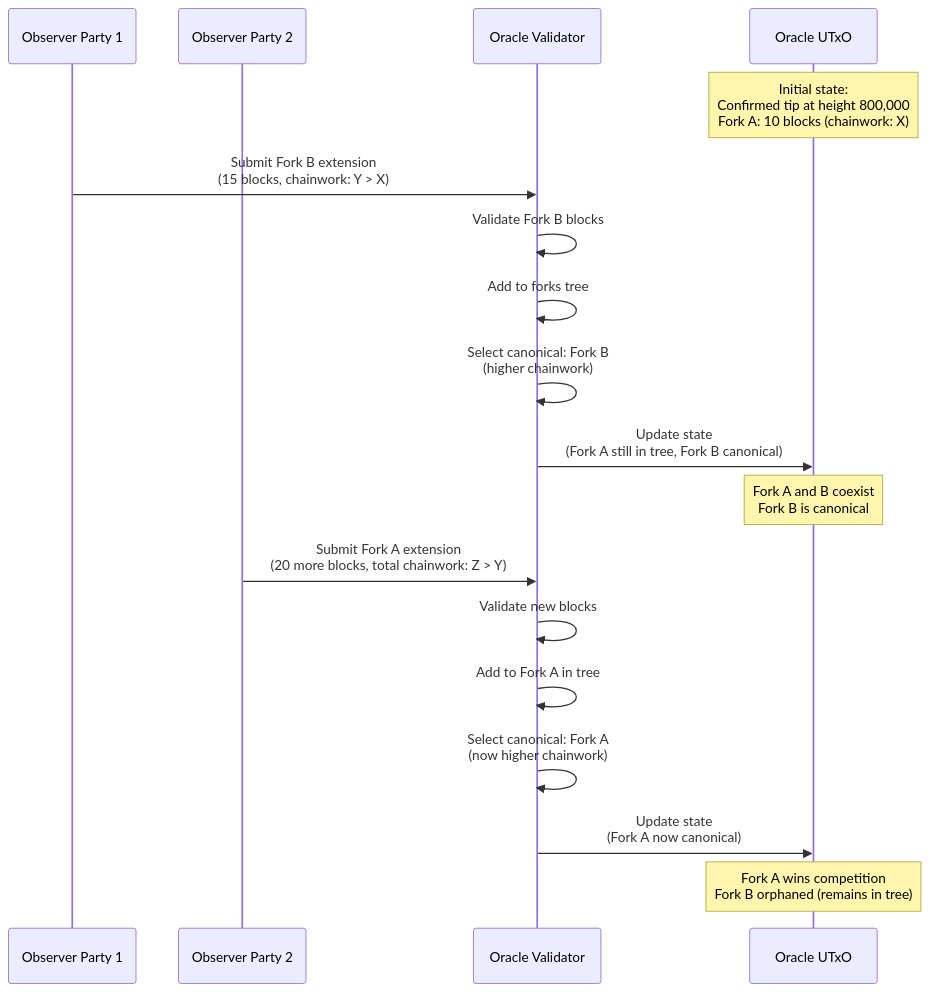
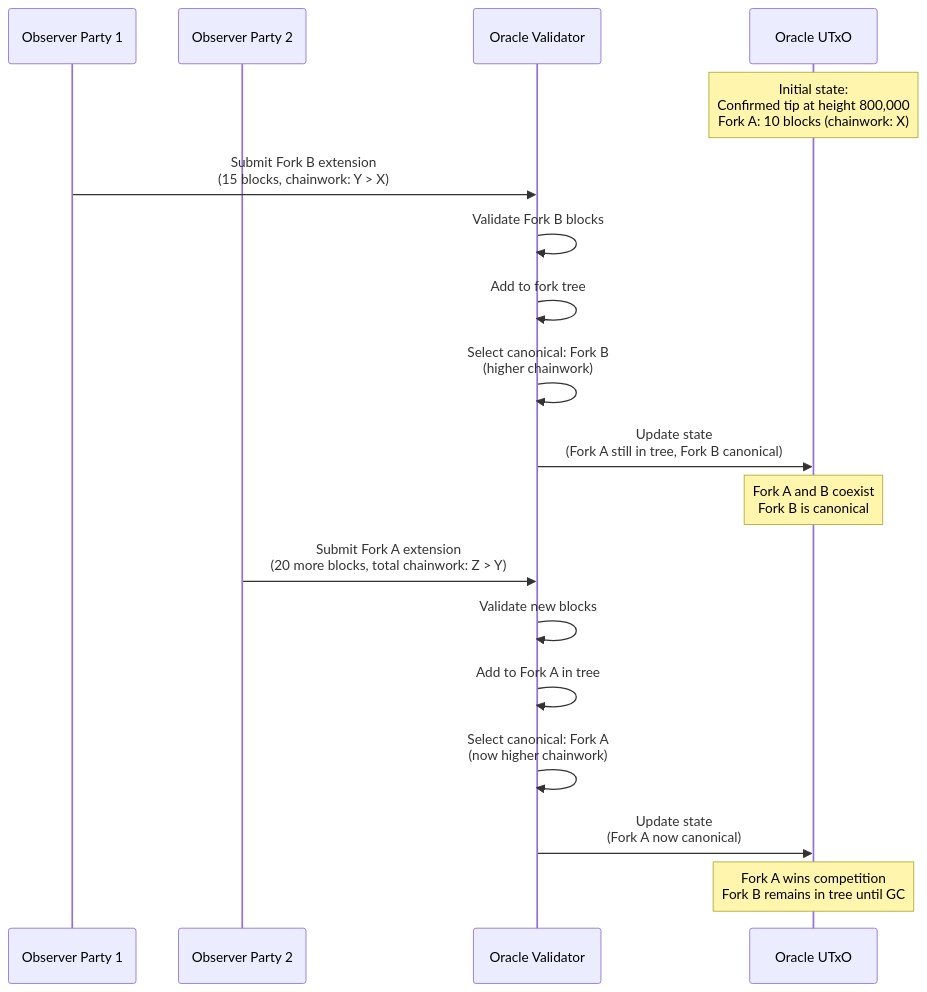
Before and after one commit to lantr-io/binocular: the second of 5 diagrams in Whitepaper.md, drawn with Mermaid. The commit also changed other lines of this file and 5 other files, not shown here.

````diff
--- a/Whitepaper.md
+++ b/Whitepaper.md
@@ -964,25 +1430,25 @@
 ```mermaid
 sequenceDiagram
     participant Party1 as Observer Party 1
     participant Party2 as Observer Party 2
     participant Validator as Oracle Validator
     participant UTxO as Oracle UTxO
 
     Note over UTxO: Initial state:<br/>Confirmed tip at height 800,000<br/>Fork A: 10 blocks (chainwork: X)
 
     Party1->>Validator: Submit Fork B extension<br/>(15 blocks, chainwork: Y > X)
     Validator->>Validator: Validate Fork B blocks
-    Validator->>Validator: Add to forks tree
+    Validator->>Validator: Add to fork tree
     Validator->>Validator: Select canonical: Fork B<br/>(higher chainwork)
     Validator->>UTxO: Update state<br/>(Fork A still in tree, Fork B canonical)
 
     Note over UTxO: Fork A and B coexist<br/>Fork B is canonical
 
     Party2->>Validator: Submit Fork A extension<br/>(20 more blocks, total chainwork: Z > Y)
     Validator->>Validator: Validate new blocks
     Validator->>Validator: Add to Fork A in tree
     Validator->>Validator: Select canonical: Fork A<br/>(now higher chainwork)
     Validator->>UTxO: Update state<br/>(Fork A now canonical)
 
-    Note over UTxO: Fork A wins competition<br/>Fork B orphaned (remains in tree)
+    Note over UTxO: Fork A wins competition<br/>Fork B remains in tree until GC
 ```
````
